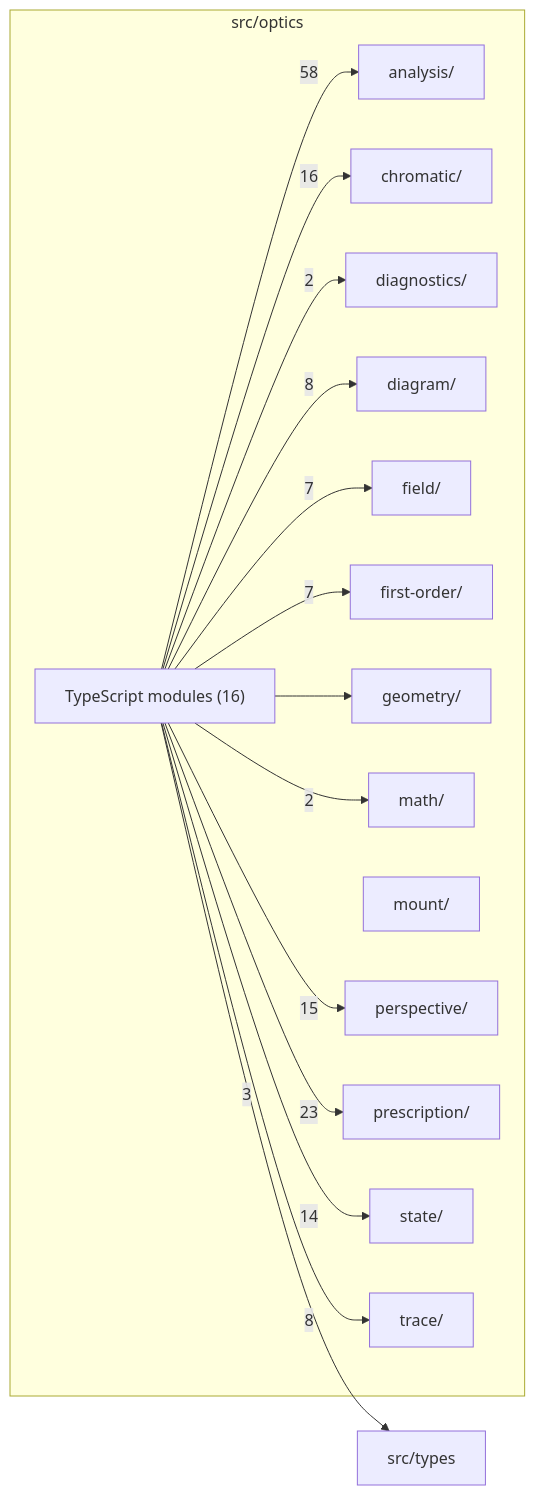
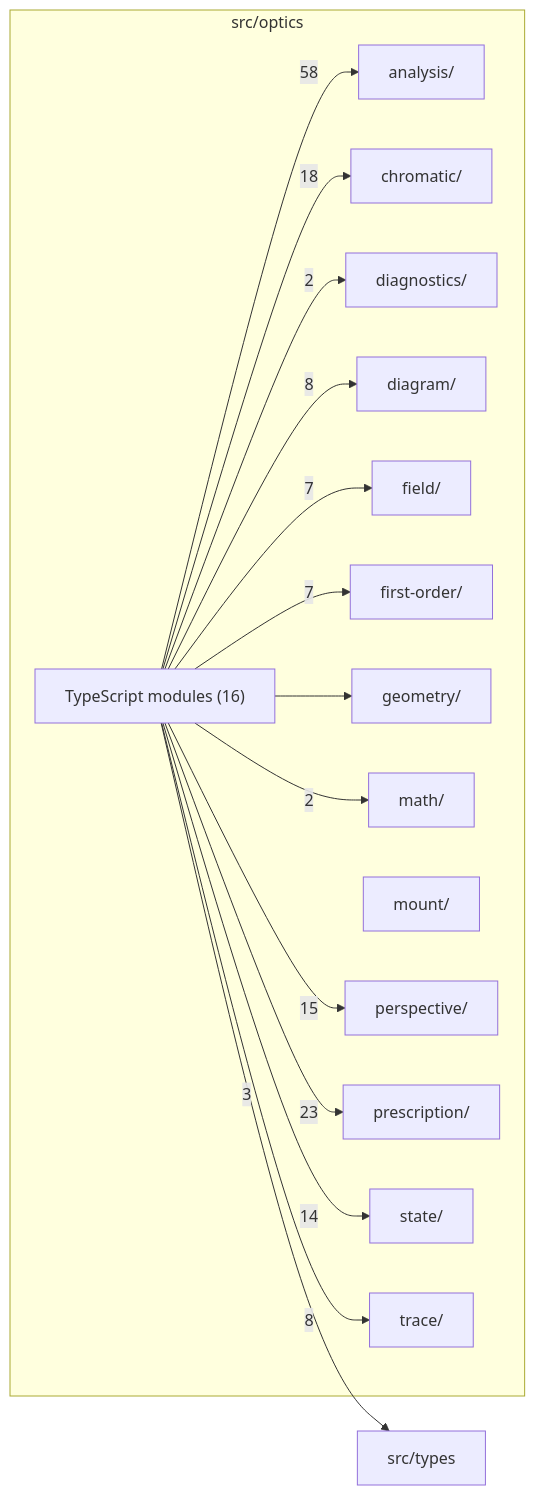
Before and after one commit to ronbuening/LensVisualizer: the diagram in src/optics/readme.md, drawn with Mermaid. The commit also changed other lines of this file and 5 other files, not shown here.

````diff
--- a/src/optics/readme.md
+++ b/src/optics/readme.md
@@ -9,33 +9,33 @@
 ```mermaid
 flowchart LR
   subgraph n_src_optics["src/optics"]
     n_src_optics_src_optics_analysis["analysis/"]
     n_src_optics_src_optics_chromatic["chromatic/"]
     n_src_optics_src_optics_diagnostics["diagnostics/"]
     n_src_optics_src_optics_diagram["diagram/"]
     n_src_optics_src_optics_field["field/"]
     n_src_optics_src_optics_first_order["first-order/"]
     n_src_optics_src_optics_geometry["geometry/"]
     n_src_optics_src_optics_math["math/"]
     n_src_optics_src_optics_mount["mount/"]
     n_src_optics_src_optics_perspective["perspective/"]
     n_src_optics_src_optics_prescription["prescription/"]
     n_src_optics_src_optics_state["state/"]
     n_src_optics_src_optics_trace["trace/"]
     n_src_optics_TypeScript_modules["TypeScript modules (16)"]
   end
   n_external_src_types["src/types"]
   n_src_optics_TypeScript_modules --> |58| n_src_optics_src_optics_analysis
   n_src_optics_TypeScript_modules --> |23| n_src_optics_src_optics_prescription
-  n_src_optics_TypeScript_modules --> |16| n_src_optics_src_optics_chromatic
+  n_src_optics_TypeScript_modules --> |18| n_src_optics_src_optics_chromatic
   n_src_optics_TypeScript_modules --> |15| n_src_optics_src_optics_perspective
   n_src_optics_TypeScript_modules --> |14| n_src_optics_src_optics_state
   n_src_optics_TypeScript_modules --> |8| n_src_optics_src_optics_diagram
   n_src_optics_TypeScript_modules --> |8| n_src_optics_src_optics_trace
   n_src_optics_TypeScript_modules --> |7| n_src_optics_src_optics_field
   n_src_optics_TypeScript_modules --> |7| n_src_optics_src_optics_first_order
   n_src_optics_TypeScript_modules --> |3| n_external_src_types
   n_src_optics_TypeScript_modules --> |2| n_src_optics_src_optics_diagnostics
   n_src_optics_TypeScript_modules --> |2| n_src_optics_src_optics_math
   n_src_optics_TypeScript_modules --> n_src_optics_src_optics_geometry
 ```
````
